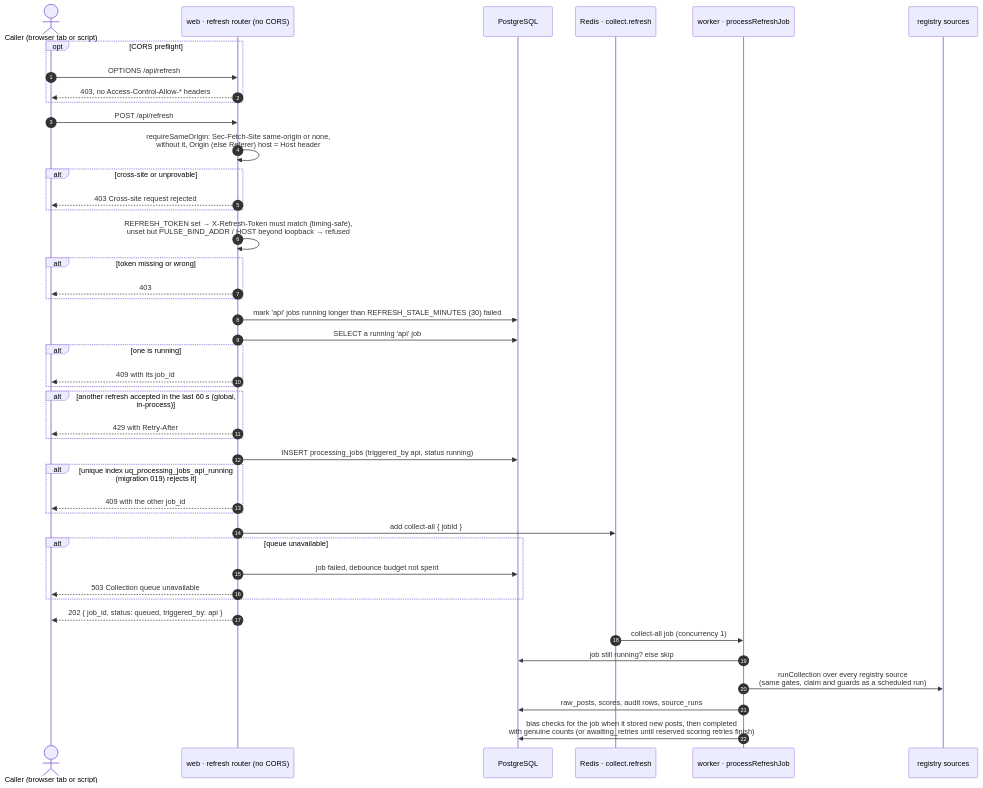
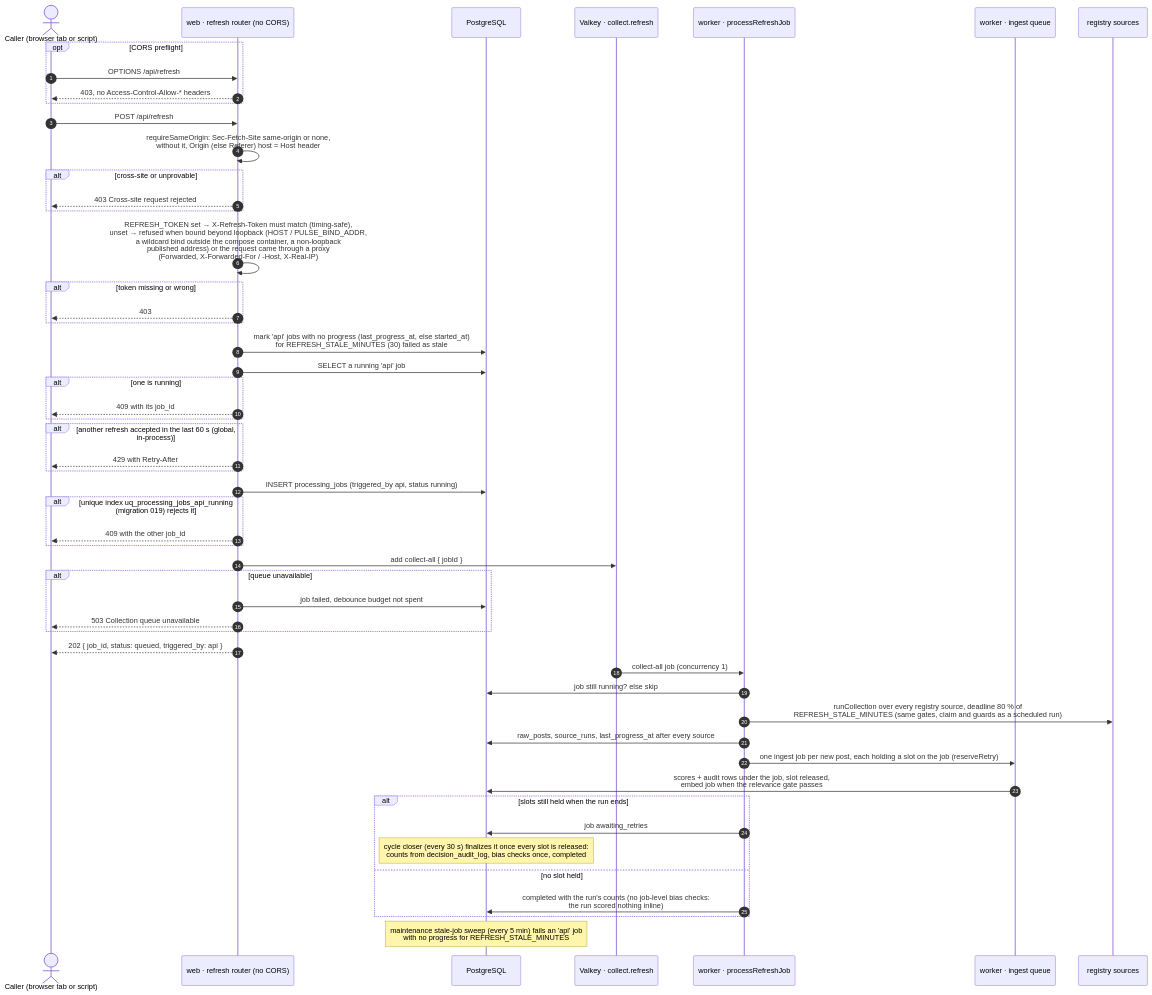
One commit to jennifer-mckinney/pulse-of-ai changed the diagram in docs/diagrams/sequences/refresh.mmd. Above: the diagram before and after it, drawn with Mermaid. The commit also changed 35 other files, not shown here.

First line of the commit message:
Update architecture, sequence, class and ER diagrams for PR #22

```diff
--- a/docs/diagrams/sequences/refresh.mmd
+++ b/docs/diagrams/sequences/refresh.mmd
@@ -1,49 +1,58 @@
 %% Title: Sequence · POST /api/refresh
 %% Summary: How an on-demand collection is requested: the same-origin guard, the shared-secret check, the in-flight and debounce guards, the 202 hand-off to the worker, and the worker completing the job row.
-%% Sources: src/routes/refresh.js, src/middleware/same-origin.js, src/server.js (mount order, no CORS), src/queues/index.js (collect.refresh), src/workers/collect.worker.js (processRefreshJob), src/collectors/runner.js, src/db/migrations/019_refresh_inflight.sql. Spec: TECHNICAL_SPEC.md section 7 (POST /api/refresh) and section 8 (rate limiting). The page itself never calls this endpoint.
+%% Sources: src/routes/refresh.js (refreshTokenCheck, boundBeyondLoopback, viaProxy), src/middleware/same-origin.js, src/server.js (mount order, no CORS, listenHost), src/queues/index.js (collect.refresh, ingest), src/workers/collect.worker.js (processRefreshJob, refreshDeadlineMs), src/collectors/runner.js (scoreVia queue), src/workers/ingest.worker.js, src/collectors/cycle.js (reserveRetry, releaseRetry, closeCycles), src/collectors/stale-jobs.js, src/db/migrations/019_refresh_inflight.sql, 040_job_progress.sql. Updated 2026-09-29. Spec: TECHNICAL_SPEC.md section 7 (POST /api/refresh) and section 8 (rate limiting). The page itself never calls this endpoint.
 sequenceDiagram
   autonumber
   actor Caller as Caller (browser tab or script)
   participant Web as web · refresh router (no CORS)
   participant DB as PostgreSQL
-  participant Q as Redis · collect.refresh
+  participant Q as Valkey · collect.refresh
   participant W as worker · processRefreshJob
+  participant I as worker · ingest queue
   participant Src as registry sources
 
   opt CORS preflight
     Caller->>Web: OPTIONS /api/refresh
     Web-->>Caller: 403, no Access-Control-Allow-* headers
   end
   Caller->>Web: POST /api/refresh
   Web->>Web: requireSameOrigin: Sec-Fetch-Site same-origin or none,<br/>without it, Origin (else Referer) host = Host header
   alt cross-site or unprovable
     Web-->>Caller: 403 Cross-site request rejected
   end
-  Web->>Web: REFRESH_TOKEN set → X-Refresh-Token must match (timing-safe),<br/>unset but PULSE_BIND_ADDR / HOST beyond loopback → refused
+  Web->>Web: REFRESH_TOKEN set → X-Refresh-Token must match (timing-safe),<br/>unset → refused when bound beyond loopback (HOST / PULSE_BIND_ADDR,<br/>a wildcard bind outside the compose container, a non-loopback<br/>published address) or the request came through a proxy<br/>(Forwarded, X-Forwarded-For / -Host, X-Real-IP)
   alt token missing or wrong
     Web-->>Caller: 403
   end
-  Web->>DB: mark 'api' jobs running longer than REFRESH_STALE_MINUTES (30) failed
+  Web->>DB: mark 'api' jobs with no progress (last_progress_at, else started_at)<br/>for REFRESH_STALE_MINUTES (30) failed as stale
   Web->>DB: SELECT a running 'api' job
   alt one is running
     Web-->>Caller: 409 with its job_id
   end
   alt another refresh accepted in the last 60 s (global, in-process)
     Web-->>Caller: 429 with Retry-After
   end
   Web->>DB: INSERT processing_jobs (triggered_by api, status running)
   alt unique index uq_processing_jobs_api_running (migration 019) rejects it
     Web-->>Caller: 409 with the other job_id
   end
   Web->>Q: add collect-all { jobId }
   alt queue unavailable
     Web->>DB: job failed, debounce budget not spent
     Web-->>Caller: 503 Collection queue unavailable
   end
   Web-->>Caller: 202 { job_id, status: queued, triggered_by: api }
 
   Q->>W: collect-all job (concurrency 1)
   W->>DB: job still running? else skip
-  W->>Src: runCollection over every registry source<br/>(same gates, claim and guards as a scheduled run)
-  W->>DB: raw_posts, scores, audit rows, source_runs
-  W->>DB: bias checks for the job when it stored new posts, then completed<br/>with genuine counts (or awaiting_retries until reserved scoring retries finish)
+  W->>Src: runCollection over every registry source, deadline 80 % of<br/>REFRESH_STALE_MINUTES (same gates, claim and guards as a scheduled run)
+  W->>DB: raw_posts, source_runs, last_progress_at after every source
+  W->>I: one ingest job per new post, each holding a slot on the job (reserveRetry)
+  I->>DB: scores + audit rows under the job, slot released,<br/>embed job when the relevance gate passes
+  alt slots still held when the run ends
+    W->>DB: job awaiting_retries
+    Note over DB: cycle closer (every 30 s) finalizes it once every slot is released:<br/>counts from decision_audit_log, bias checks once, completed
+  else no slot held
+    W->>DB: completed with the run's counts (no job-level bias checks:<br/>the run scored nothing inline)
+  end
+  Note over DB: maintenance stale-job sweep (every 5 min) fails an 'api' job<br/>with no progress for REFRESH_STALE_MINUTES
```
